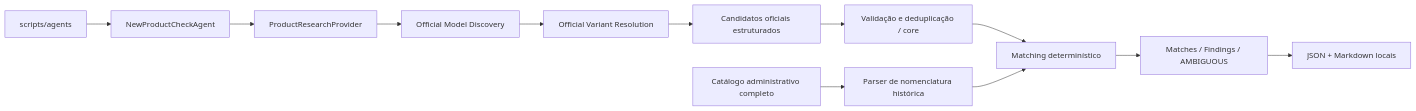
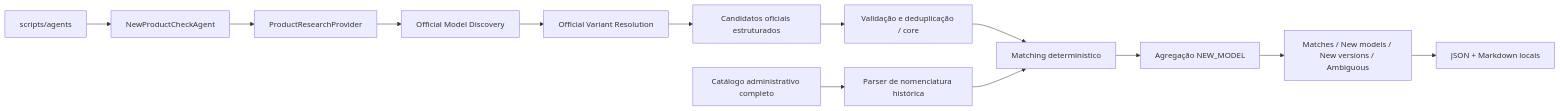
The diagram in docs/agents/NEW_PRODUCT_CHECK_AGENT.md (leandrovteixeira/compra-car), drawn with Mermaid before and after one commit. The commit also changed other lines of this file and 16 other files, not shown here.

````diff
--- a/docs/agents/NEW_PRODUCT_CHECK_AGENT.md
+++ b/docs/agents/NEW_PRODUCT_CHECK_AGENT.md
@@ -24,14 +24,15 @@
 ```mermaid
 flowchart LR
   CLI[scripts/agents] --> Agent[NewProductCheckAgent]
   Agent --> Research[ProductResearchProvider]
   Research --> Discovery[Official Model Discovery]
   Discovery --> Resolution[Official Variant Resolution]
   Resolution --> Candidates[Candidatos oficiais estruturados]
   Candidates --> Core[Validação e deduplicação / core]
   Core --> Match[Matching determinístico]
   Reader[Catálogo administrativo completo] --> Parser[Parser de nomenclatura histórica]
   Parser --> Match
-  Match --> Reports[Matches / Findings / AMBIGUOUS]
+  Match --> Aggregate[Agregação NEW_MODEL]
+  Aggregate --> Reports[Matches / New models / New versions / Ambiguous]
   Reports --> Writer[JSON + Markdown locais]
 ```
````
